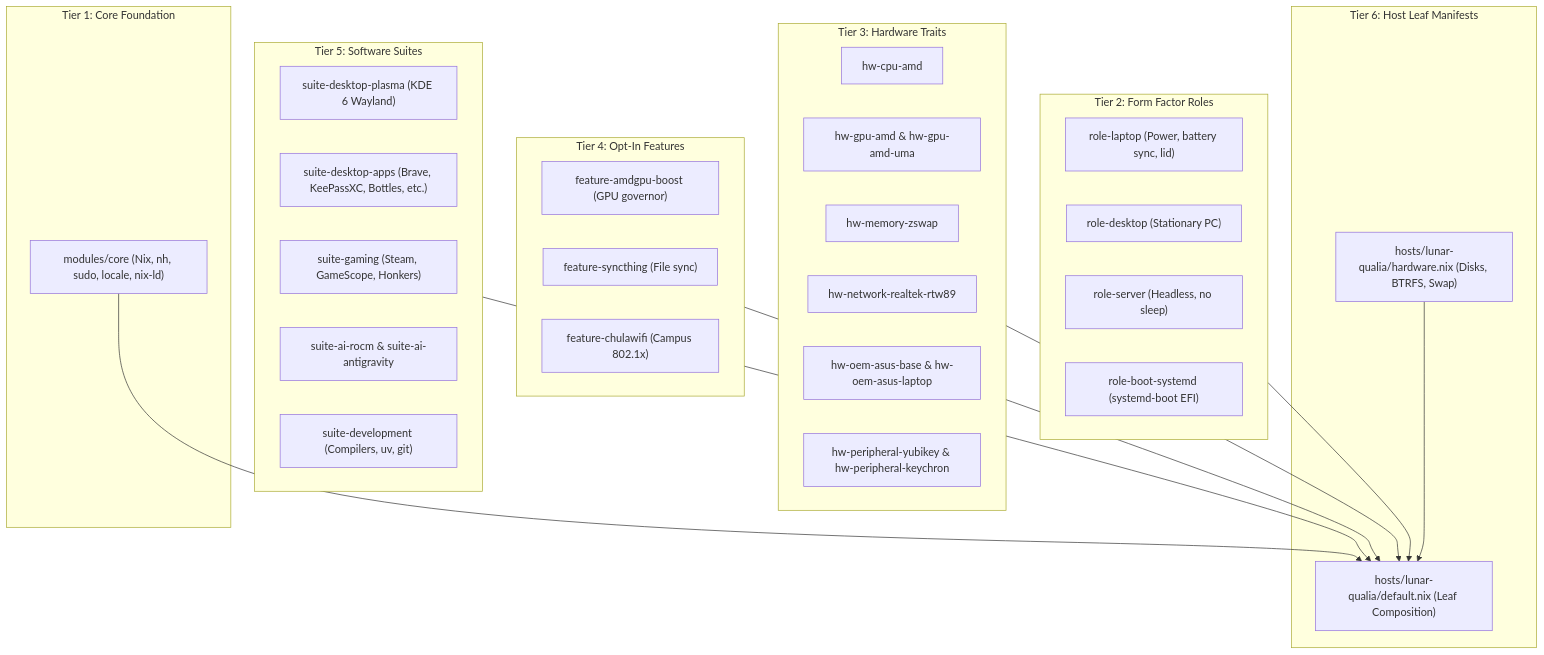
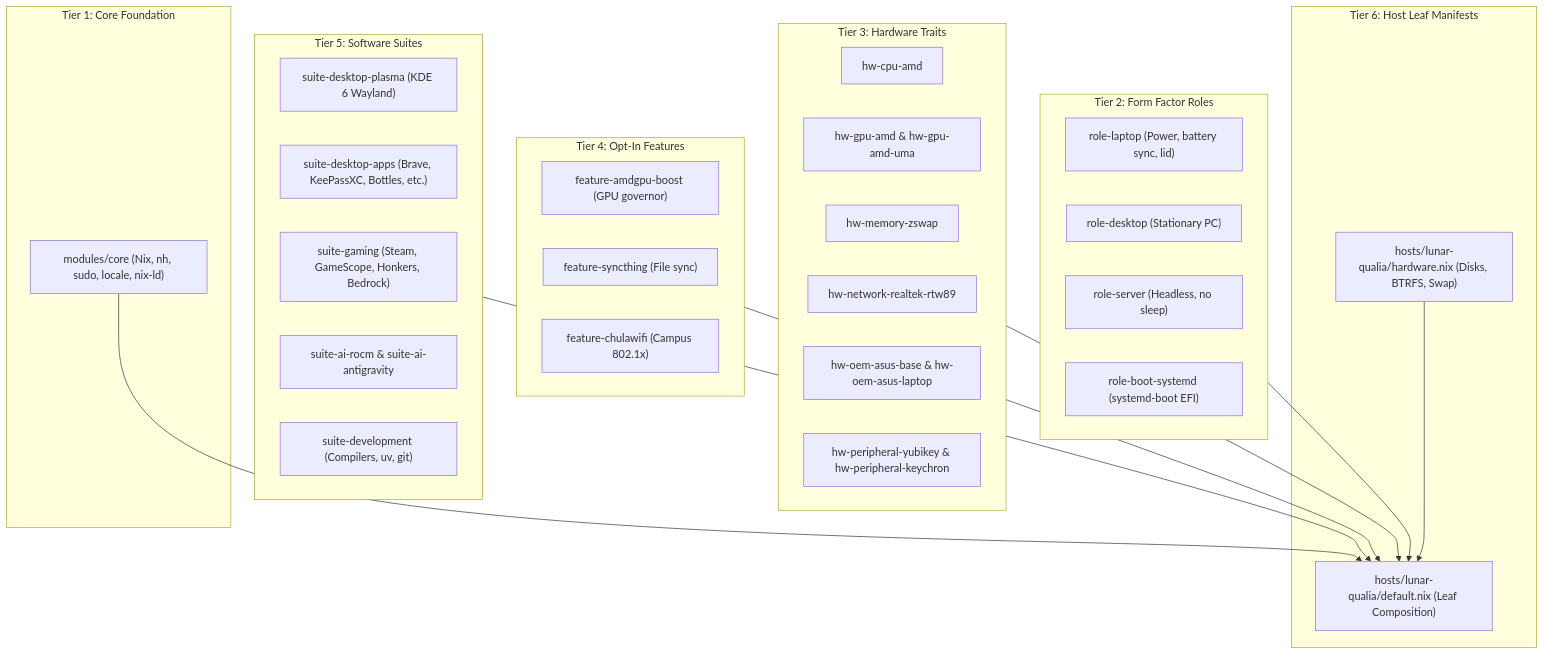
The diagram in AGENTS.md (lithinnon/lunar-witches), drawn with Mermaid before and after one commit. The commit also changed other lines of this file, not shown here.

Commit message:
docs(agents): document bedrock-on-linux runner in suite-gaming

````diff
--- a/AGENTS.md
+++ b/AGENTS.md
@@ -39,48 +39,48 @@
 ```mermaid
 flowchart TD
     subgraph T1["Tier 1: Core Foundation"]
         C["modules/core (Nix, nh, sudo, locale, nix-ld)"]
     end
 
     subgraph T2["Tier 2: Form Factor Roles"]
         R1["role-laptop (Power, battery sync, lid)"]
         R2["role-desktop (Stationary PC)"]
         R3["role-server (Headless, no sleep)"]
         R4["role-boot-systemd (systemd-boot EFI)"]
     end
 
     subgraph T3["Tier 3: Hardware Traits"]
         H1["hw-cpu-amd"]
         H2["hw-gpu-amd & hw-gpu-amd-uma"]
         H3["hw-memory-zswap"]
         H4["hw-network-realtek-rtw89"]
         H5["hw-oem-asus-base & hw-oem-asus-laptop"]
         H6["hw-peripheral-yubikey & hw-peripheral-keychron"]
     end
 
     subgraph T4["Tier 4: Opt-In Features"]
         F1["feature-amdgpu-boost (GPU governor)"]
         F2["feature-syncthing (File sync)"]
         F3["feature-chulawifi (Campus 802.1x)"]
     end
 
     subgraph T5["Tier 5: Software Suites"]
         S1["suite-desktop-plasma (KDE 6 Wayland)"]
         S2["suite-desktop-apps (Brave, KeePassXC, Bottles, etc.)"]
-        S3["suite-gaming (Steam, GameScope, Honkers)"]
+        S3["suite-gaming (Steam, GameScope, Honkers, Bedrock)"]
         S4["suite-ai-rocm & suite-ai-antigravity"]
         S5["suite-development (Compilers, uv, git)"]
     end
 
     subgraph T6["Tier 6: Host Leaf Manifests"]
         L1["hosts/lunar-qualia/default.nix (Leaf Composition)"]
         L2["hosts/lunar-qualia/hardware.nix (Disks, BTRFS, Swap)"]
     end
 
     C --> L1
     T2 --> L1
     T3 --> L1
     T4 --> L1
     T5 --> L1
     L2 --> L1
 ```
````
